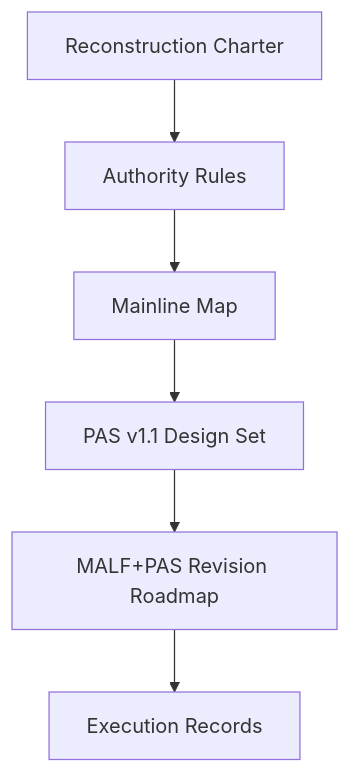
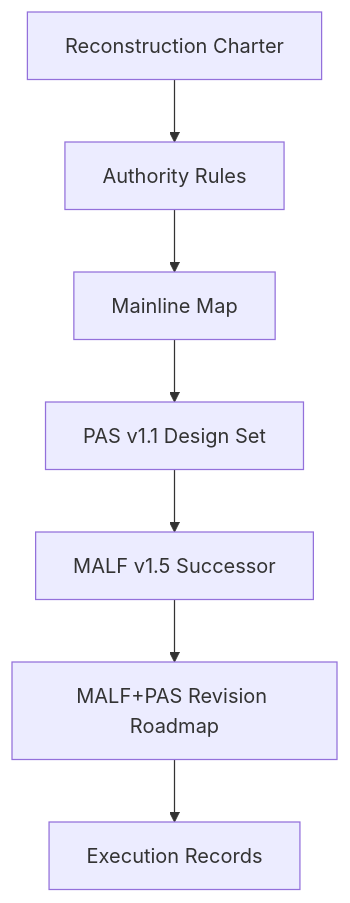
Before and after one commit to everything-is-simple/Malf-Pas: the diagram in docs/README.md, drawn with Mermaid. The commit also changed other lines of this file and 22 other files, not shown here.

````diff
--- a/docs/README.md
+++ b/docs/README.md
@@ -5,8 +5,9 @@
 ```mermaid
 flowchart TD
     A[Reconstruction Charter] --> B[Authority Rules]
     B --> C[Mainline Map]
     C --> D[PAS v1.1 Design Set]
-    D --> E[MALF+PAS Revision Roadmap]
-    E --> F[Execution Records]
+    D --> E[MALF v1.5 Successor]
+    E --> F[MALF+PAS Revision Roadmap]
+    F --> G[Execution Records]
 ```
````
